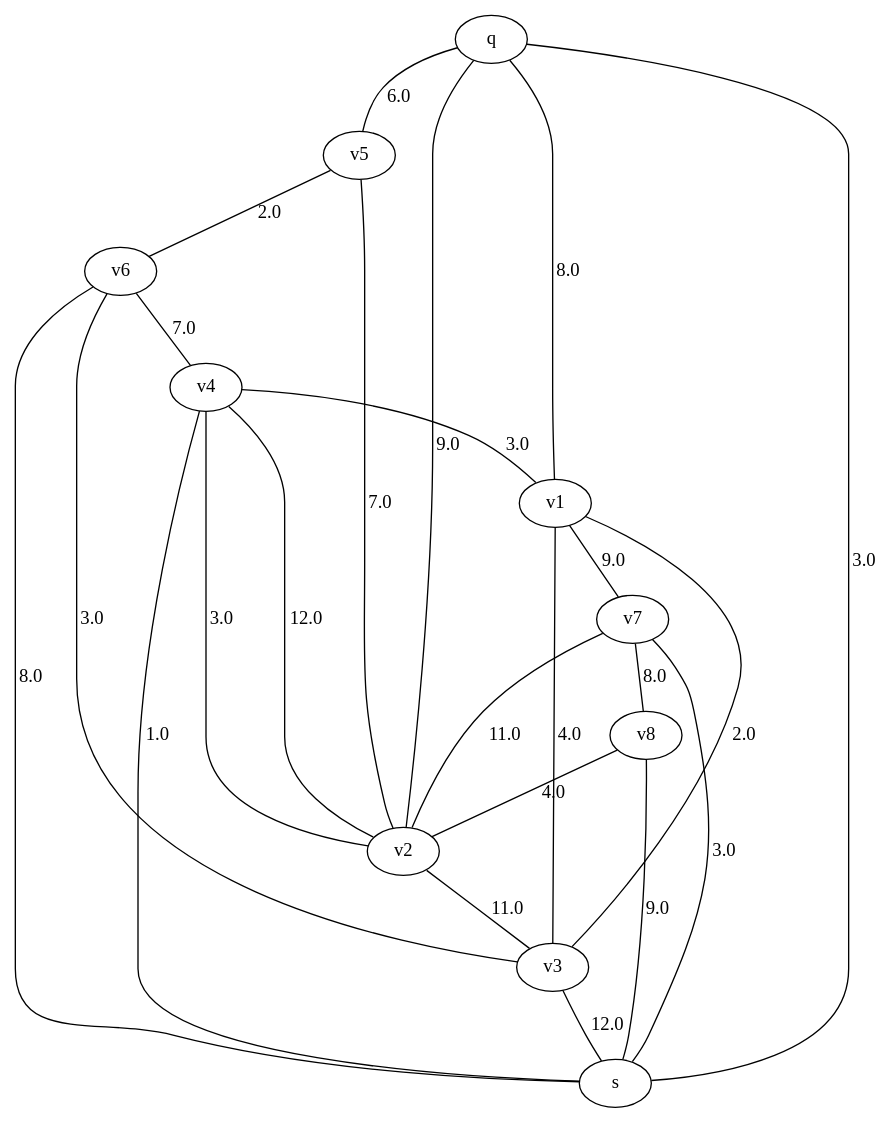
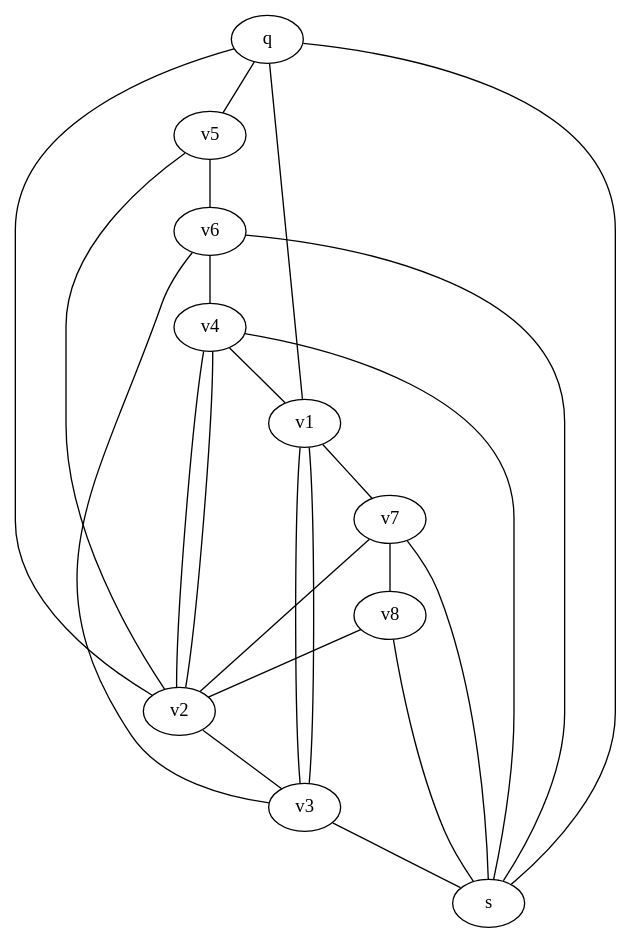
Before and after one commit to 2341n4m3/gka-praktikumsaufgaben: the diagram in src/graph/misc/graph4.dot, drawn with Graphviz. The commit also changed 10 other files, not shown here.

```diff
--- a/src/graph/misc/graph4.dot
+++ b/src/graph/misc/graph4.dot
@@ -1,35 +1,35 @@
 graph G {
   v4 [ label="v4" ];
   s [ label="s" ];
   v3 [ label="v3" ];
   v1 [ label="v1" ];
   v5 [ label="v5" ];
   v6 [ label="v6" ];
   q [ label="q" ];
   v2 [ label="v2" ];
   v7 [ label="v7" ];
   v8 [ label="v8" ];
-  v4 -- s [ label="1.0" ];
-  v3 -- v1 [ label="2.0" ];
-  v5 -- v6 [ label="2.0" ];
-  q -- s [ label="3.0" ];
-  v4 -- v1 [ label="3.0" ];
-  v2 -- v4 [ label="3.0" ];
-  v6 -- v3 [ label="3.0" ];
-  v7 -- s [ label="3.0" ];
-  v1 -- v3 [ label="4.0" ];
-  v8 -- v2 [ label="4.0" ];
-  q -- v5 [ label="6.0" ];
-  v6 -- v4 [ label="7.0" ];
-  v5 -- v2 [ label="7.0" ];
-  q -- v1 [ label="8.0" ];
-  v6 -- s [ label="8.0" ];
-  v7 -- v8 [ label="8.0" ];
-  q -- v2 [ label="9.0" ];
-  v8 -- s [ label="9.0" ];
-  v1 -- v7 [ label="9.0" ];
-  v2 -- v3 [ label="11.0" ];
-  v7 -- v2 [ label="11.0" ];
-  v3 -- s [ label="12.0" ];
-  v4 -- v2 [ label="12.0" ];
+  v4 -- s [ label="" ];
+  v3 -- v1 [ label="" ];
+  v5 -- v6 [ label="" ];
+  q -- s [ label="" ];
+  v4 -- v1 [ label="" ];
+  v2 -- v4 [ label="" ];
+  v6 -- v3 [ label="" ];
+  v7 -- s [ label="" ];
+  v1 -- v3 [ label="" ];
+  v8 -- v2 [ label="" ];
+  q -- v5 [ label="" ];
+  v6 -- v4 [ label="" ];
+  v5 -- v2 [ label="" ];
+  q -- v1 [ label="" ];
+  v6 -- s [ label="" ];
+  v7 -- v8 [ label="" ];
+  q -- v2 [ label="" ];
+  v8 -- s [ label="" ];
+  v1 -- v7 [ label="" ];
+  v2 -- v3 [ label="" ];
+  v7 -- v2 [ label="" ];
+  v3 -- s [ label="" ];
+  v4 -- v2 [ label="" ];
 }
```
